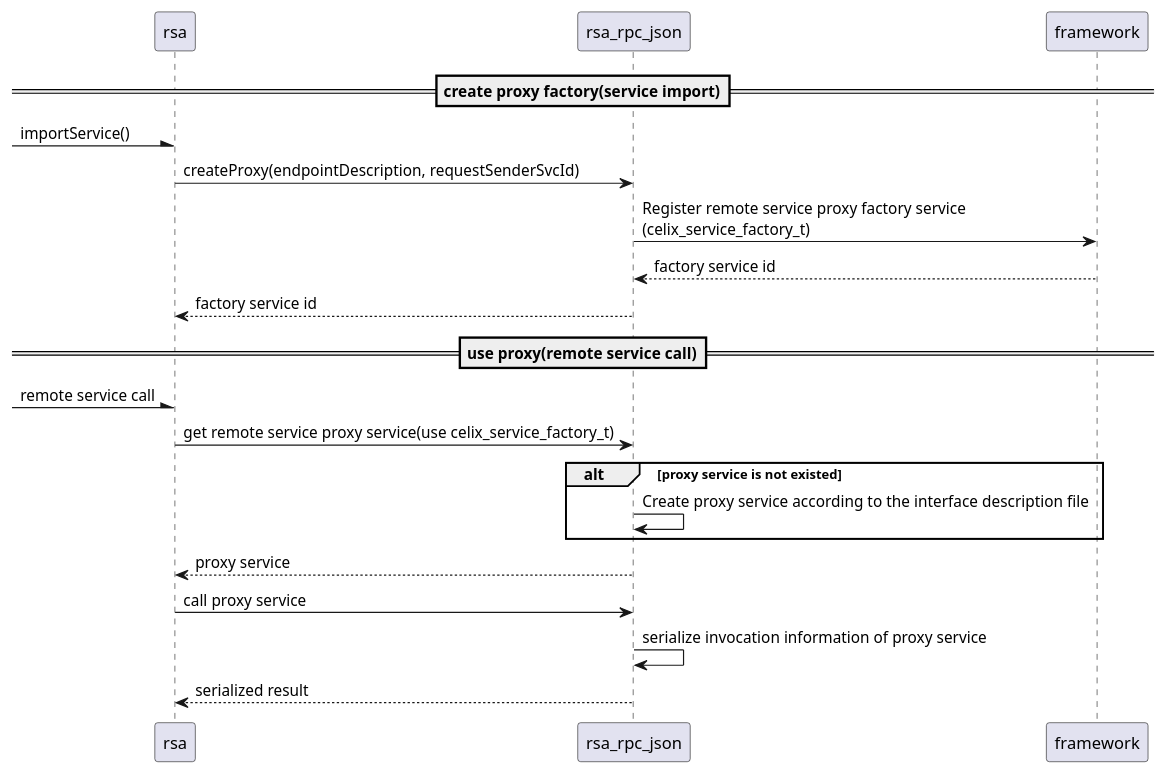
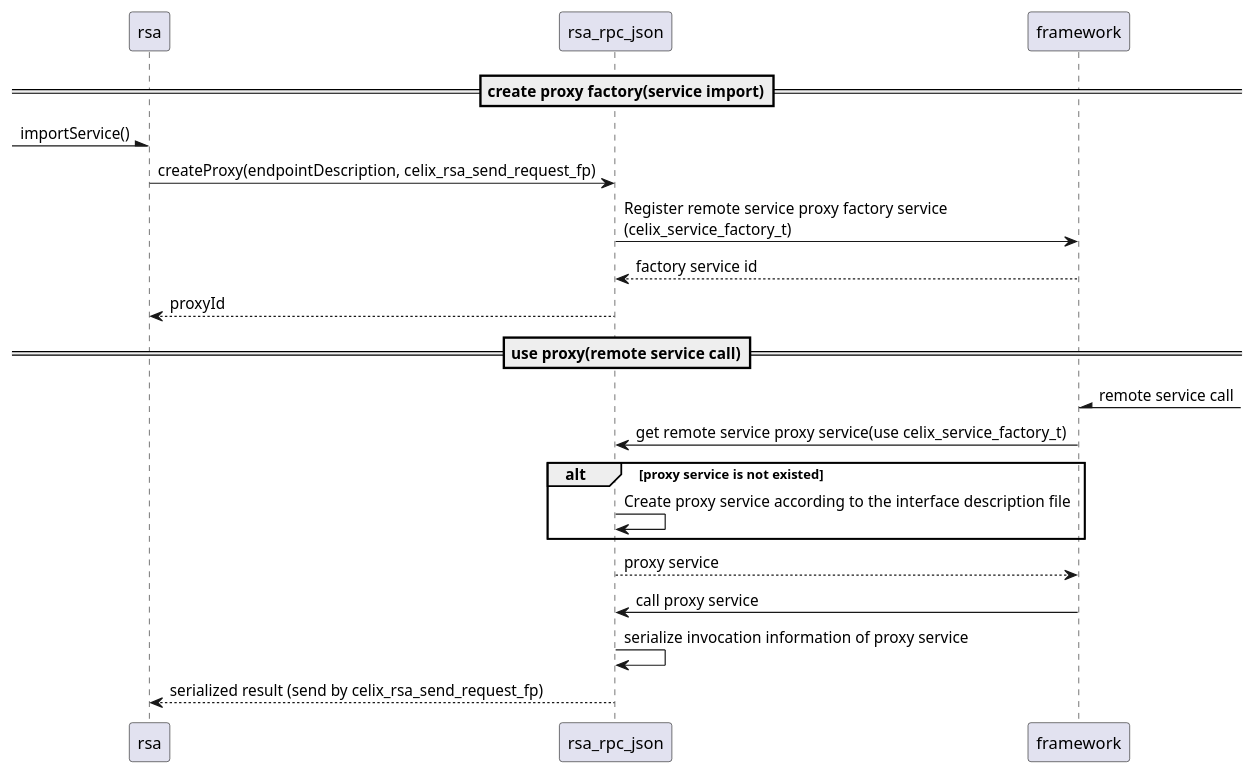
One commit to apache/celix changed the diagram in bundles/remote_services/rsa_rpc_json/diagrams/remote_service_proxy_use_seq.puml. Above: the diagram before and after it, drawn with PlantUML. The commit also changed 48 other files, not shown here.

Commit message:
Resolve the issue where the remote service endpoint is exported before being fully established

```diff
--- a/bundles/remote_services/rsa_rpc_json/diagrams/remote_service_proxy_use_seq.puml
+++ b/bundles/remote_services/rsa_rpc_json/diagrams/remote_service_proxy_use_seq.puml
@@ -16,19 +16,19 @@
 @startuml
 ==create proxy factory(service import)==
 -\rsa:importService()
-rsa->rsa_rpc_json:createProxy(endpointDescription, requestSenderSvcId)
+rsa->rsa_rpc_json:createProxy(endpointDescription, celix_rsa_send_request_fp)
 rsa_rpc_json->framework:Register remote service proxy factory service\n(celix_service_factory_t)
 return factory service id
-rsa_rpc_json --> rsa:factory service id
+rsa_rpc_json --> rsa:proxyId
 
 ==use proxy(remote service call)==
--\rsa:remote service call
-rsa->rsa_rpc_json:get remote service proxy service(use celix_service_factory_t)
+framework/-:remote service call
+framework->rsa_rpc_json:get remote service proxy service(use celix_service_factory_t)
 alt proxy service is not existed
 rsa_rpc_json->rsa_rpc_json:Create proxy service according to the interface description file
 end
-rsa_rpc_json-->rsa:proxy service
-rsa->rsa_rpc_json:call proxy service
+rsa_rpc_json-->framework:proxy service
+framework->rsa_rpc_json:call proxy service
 rsa_rpc_json->rsa_rpc_json:serialize invocation information of proxy service
-rsa_rpc_json-->rsa:serialized result
+rsa_rpc_json-->rsa:serialized result (send by celix_rsa_send_request_fp)
 @enduml
```
